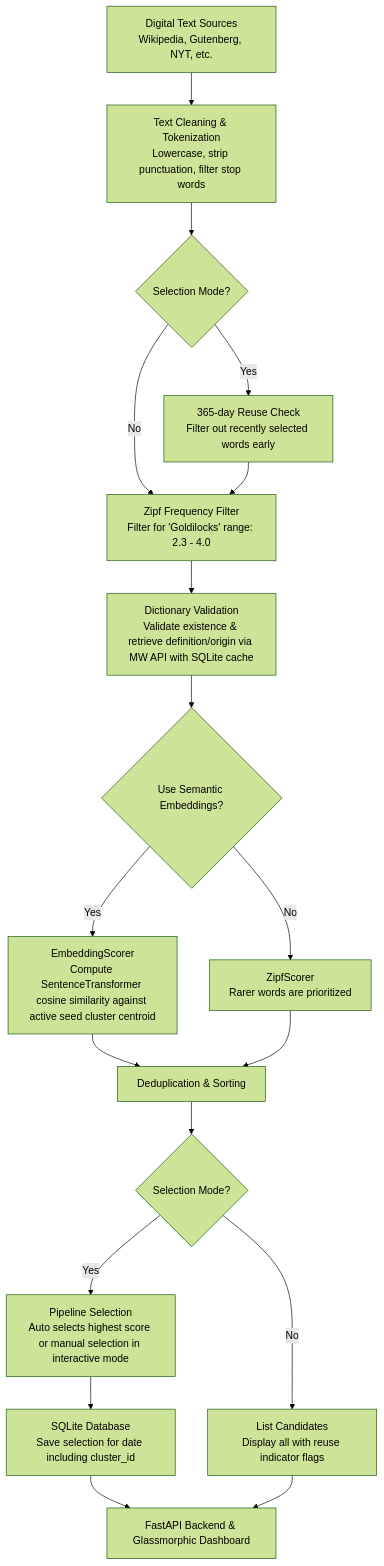
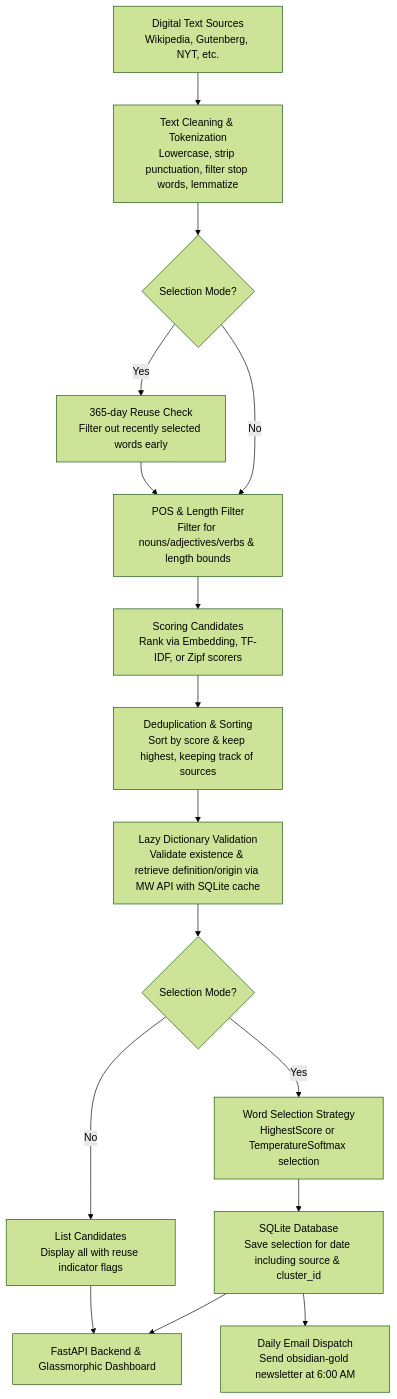
The diagram in README.md (jacobrfritz/word_of_the_day), drawn with Mermaid (forest theme) before and after one commit. The commit also changed other lines of this file and 15 other files, not shown here.

Commit message:
cleaned up front end, store database source

````diff
--- a/README.md
+++ b/README.md
@@ -40,20 +52,18 @@
 ```mermaid
 graph TD
-    A[Digital Text Sources<br>Wikipedia, Gutenberg, NYT, etc.] --> B[Text Cleaning & Tokenization<br>Lowercase, strip punctuation, filter stop words]
+    A[Digital Text Sources<br>Wikipedia, Gutenberg, NYT, etc.] --> B[Text Cleaning & Tokenization<br>Lowercase, strip punctuation, filter stop words, lemmatize]
     B --> C{Selection Mode?}
     C -- Yes --> D[365-day Reuse Check<br>Filter out recently selected words early]
-    C -- No --> E[Zipf Frequency Filter<br>Filter for 'Goldilocks' range: 2.3 - 4.0]
+    C -- No --> E[POS & Length Filter<br>Filter for nouns/adjectives/verbs & length bounds]
     D --> E
-    E --> F[Dictionary Validation<br>Validate existence & retrieve definition/origin via MW API with SQLite cache]
-    F --> G{Use Semantic Embeddings?}
-    G -- Yes --> H[EmbeddingScorer<br>Compute SentenceTransformer cosine similarity against active seed cluster centroid]
-    G -- No --> I[ZipfScorer<br>Rarer words are prioritized]
-    H --> J[Deduplication & Sorting]
-    I --> J
-    J --> K{Selection Mode?}
-    K -- Yes --> L[Pipeline Selection<br>Auto selects highest score or manual selection in interactive mode]
-    K -- No --> M[List Candidates<br>Display all with reuse indicator flags]
-    L --> N[SQLite Database<br>Save selection for date including cluster_id]
-    N --> O[FastAPI Backend & Glassmorphic Dashboard]
-    M --> O
+    E --> F[Scoring Candidates<br>Rank via Embedding, TF-IDF, or Zipf scorers]
+    F --> G[Deduplication & Sorting<br>Sort by score & keep highest, keeping track of sources]
+    G --> H[Lazy Dictionary Validation<br>Validate existence & retrieve definition/origin via MW API with SQLite cache]
+    H --> I{Selection Mode?}
+    I -- Yes --> J[Word Selection Strategy<br>HighestScore or TemperatureSoftmax selection]
+    I -- No --> K[List Candidates<br>Display all with reuse indicator flags]
+    J --> L[SQLite Database<br>Save selection for date including source & cluster_id]
+    L --> M[FastAPI Backend & Glassmorphic Dashboard]
+    L --> N[Daily Email Dispatch<br>Send obsidian-gold newsletter at 6:00 AM]
+    K --> M
 ```
````
